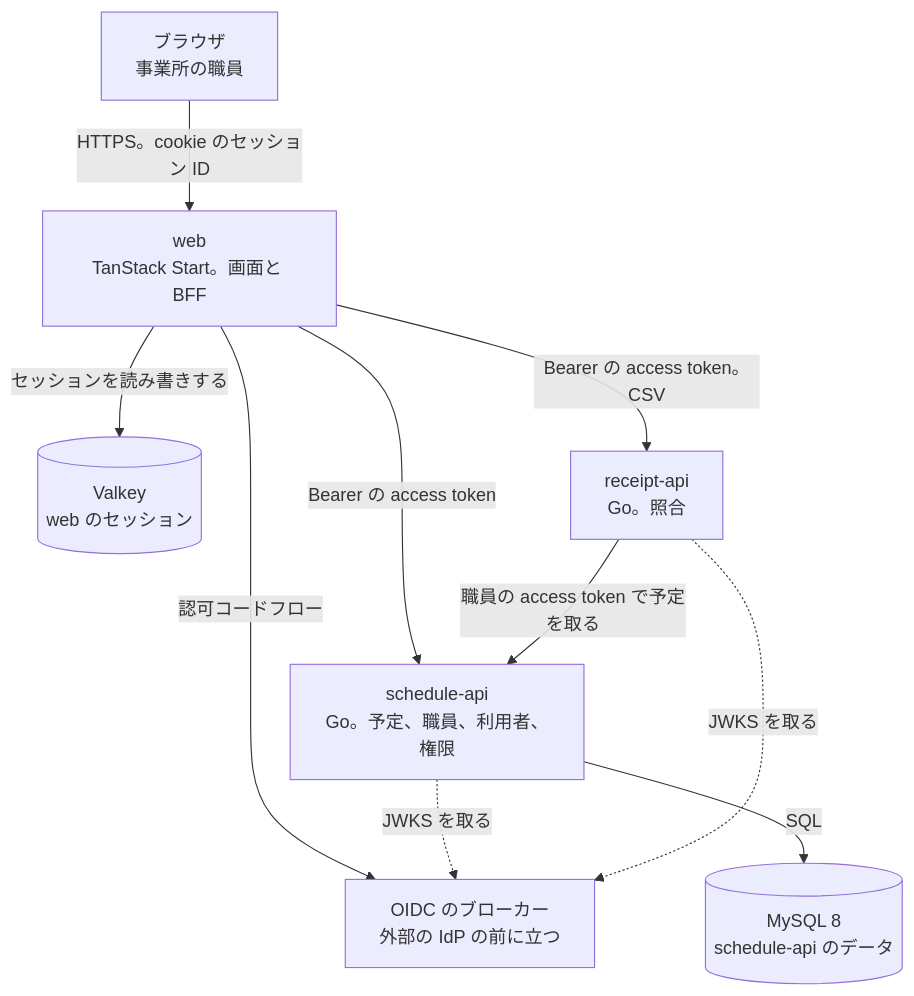
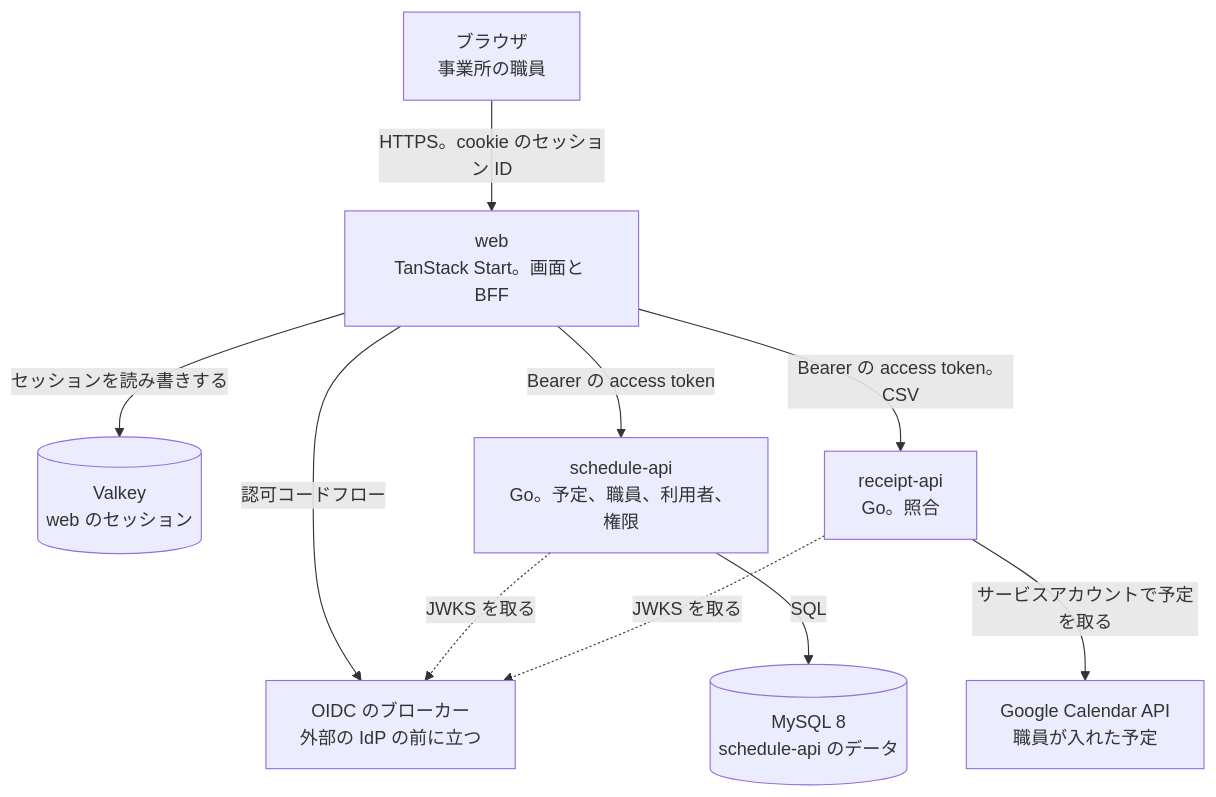
One commit to Fukuemon/buddy changed the diagram in docs/design/DesignDoc.md. Above: the diagram before and after it, drawn with Mermaid. The commit also changed other lines of this file and 2 other files, not shown here.

````diff
--- a/docs/design/DesignDoc.md
+++ b/docs/design/DesignDoc.md
@@ -45,20 +46,21 @@
 ```mermaid
 flowchart TB
   browser["ブラウザ<br/>事業所の職員"]
   web["web<br/>TanStack Start。画面と BFF"]
   valkey[("Valkey<br/>web のセッション")]
   broker["OIDC のブローカー<br/>外部の IdP の前に立つ"]
   schedule["schedule-api<br/>Go。予定、職員、利用者、権限"]
   receipt["receipt-api<br/>Go。照合"]
   mysql[("MySQL 8<br/>schedule-api のデータ")]
+  gcal["Google Calendar API<br/>職員が入れた予定"]
 
   browser -- "HTTPS。cookie のセッション ID" --> web
   web -- "認可コードフロー" --> broker
   web -- "セッションを読み書きする" --> valkey
   web -- "Bearer の access token" --> schedule
   web -- "Bearer の access token。CSV" --> receipt
-  receipt -- "職員の access token で予定を取る" --> schedule
+  receipt -- "サービスアカウントで予定を取る" --> gcal
   schedule -- "SQL" --> mysql
   schedule -. "JWKS を取る" .-> broker
   receipt -. "JWKS を取る" .-> broker
 ```
````
